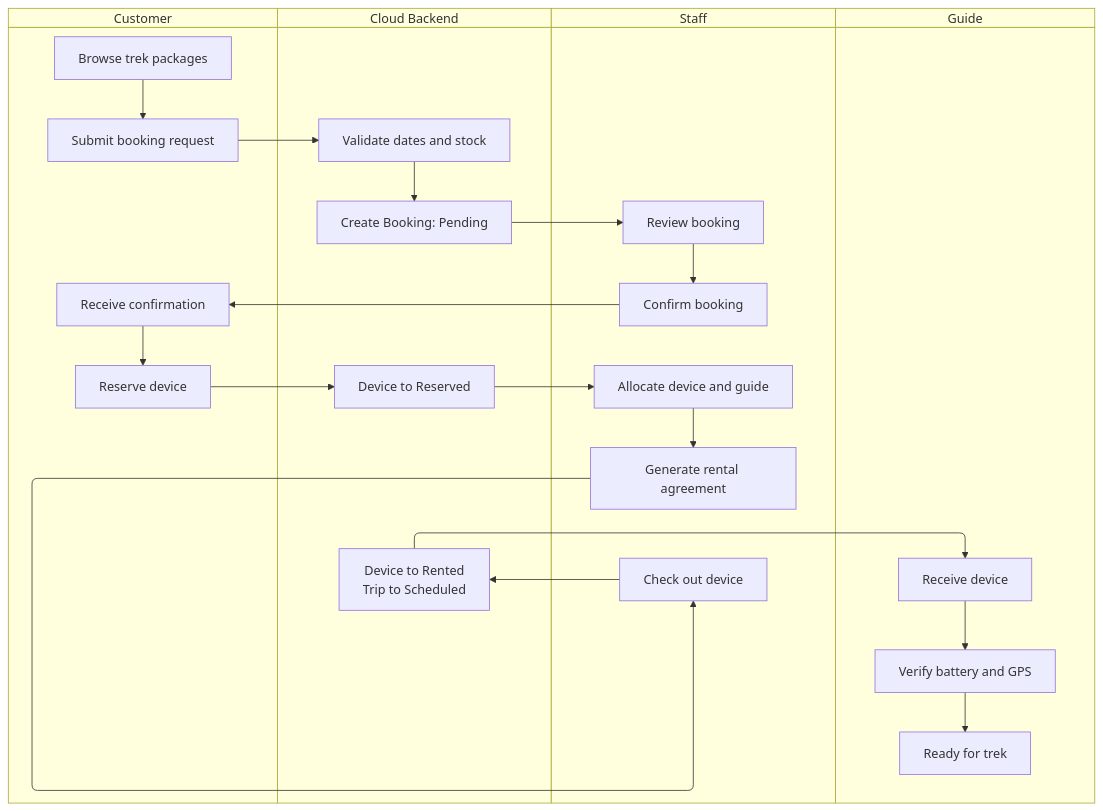
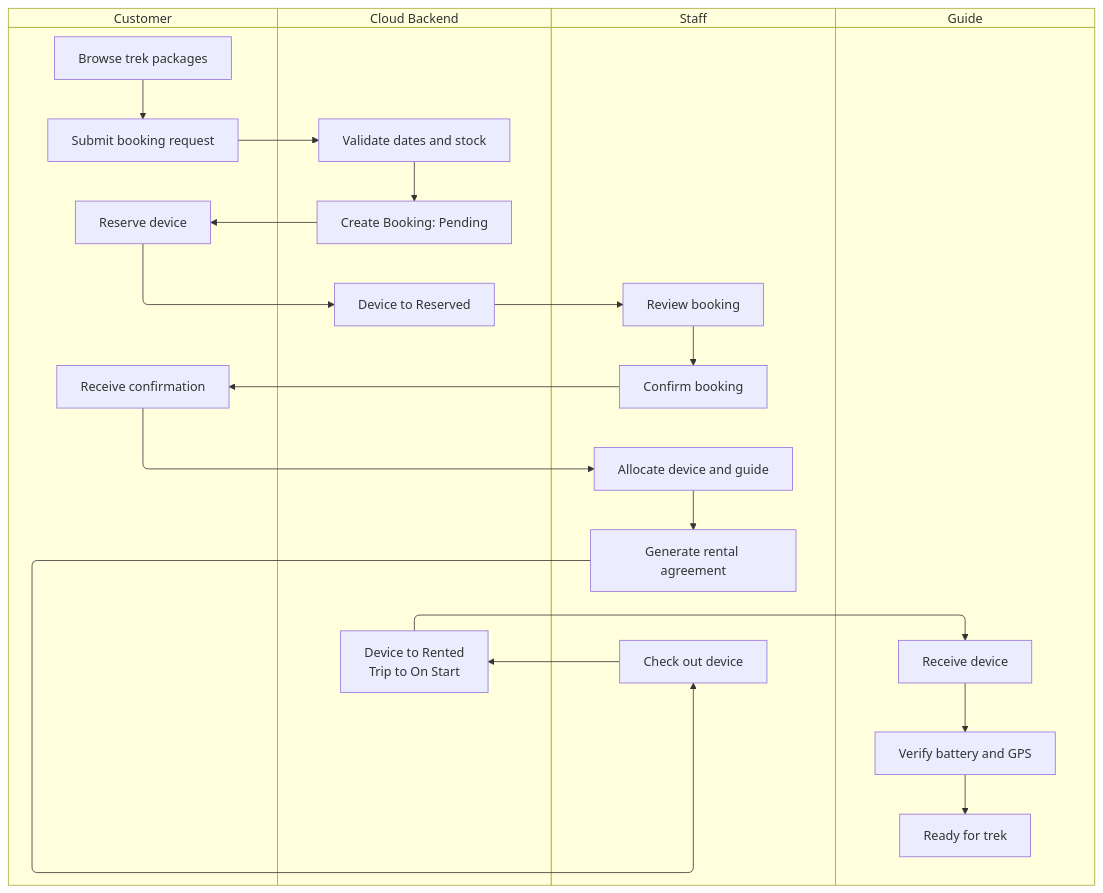
Before and after one commit to TrekLink-Team/treklink-docs: the first of 5 diagrams in _docs/00-project-context/05-main-flows.md, drawn with Mermaid. The commit also changed other lines of this file and 20 other files, not shown here.

````diff
--- a/_docs/00-project-context/05-main-flows.md
+++ b/_docs/00-project-context/05-main-flows.md
@@ -47,29 +47,29 @@
 ```mermaid
 swimlane-beta TB
     subgraph customer["Customer"]
         c1[Browse trek packages]
         c2[Submit booking request]
         c3[Reserve device]
         c4[Receive confirmation]
     end
     subgraph backend["Cloud Backend"]
         s1[Validate dates and stock]
         s2[Create Booking: Pending]
         s3[Device to Reserved]
-        s4[Device to Rented<br/>Trip to Scheduled]
+        s4[Device to Rented<br/>Trip to On Start]
     end
     subgraph staff["Staff"]
         t1[Review booking]
         t2[Confirm booking]
         t3[Allocate device and guide]
         t4[Generate rental agreement]
         t5[Check out device]
     end
     subgraph guide["Guide"]
         g1[Receive device]
         g2[Verify battery and GPS]
         g3[Ready for trek]
     end
-    c1 --> c2 --> s1 --> s2 --> t1 --> t2 --> c4
-    c4 --> c3 --> s3 --> t3 --> t4 --> t5 --> s4 --> g1 --> g2 --> g3
+    c1 --> c2 --> s1 --> s2 --> c3 --> s3 --> t1 --> t2
+    t2 --> c4 --> t3 --> t4 --> t5 --> s4 --> g1 --> g2 --> g3
 ```
````
